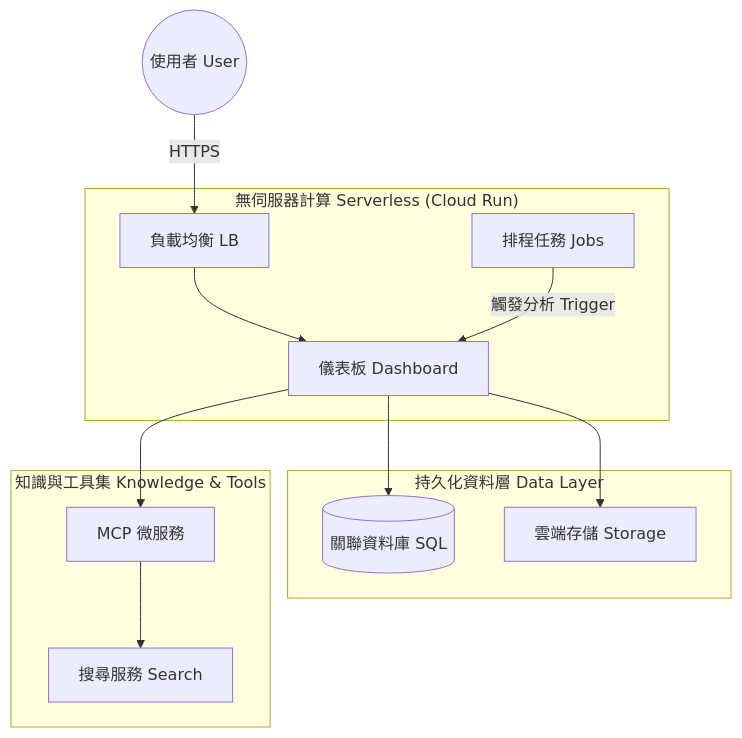
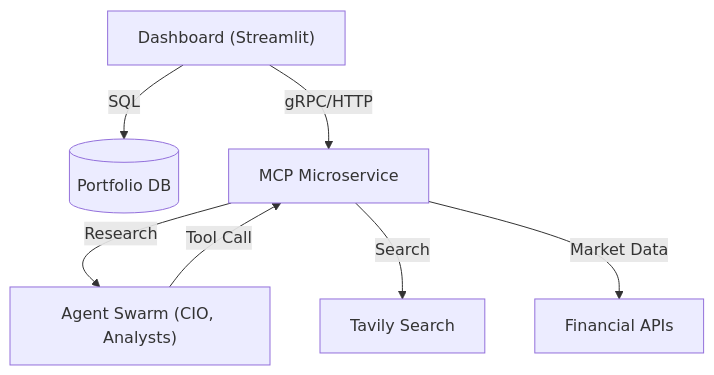
The diagram in wiki/04_架構觀點-Architect_Views/系統全景圖-System-Landscape.md (neohsiung/AI-Investment-Advisor), drawn with Mermaid before and after one commit. The commit also changed other lines of this file and 22 other files, not shown here.

````diff
--- a/wiki/04_架構觀點-Architect_Views/系統全景圖-System-Landscape.md
+++ b/wiki/04_架構觀點-Architect_Views/系統全景圖-System-Landscape.md
@@ -21,16 +29,9 @@
 ```mermaid
 graph TD
-    User((使用者 User)) -->|HTTPS| LB[負載均衡 LB]
-    subgraph "無伺服器計算 Serverless (Cloud Run)"
-        LB --> UI["儀表板 Dashboard"]
-        Cron[排程任務 Jobs] -->|"觸發分析 Trigger"| UI
-    end
-    subgraph "持久化資料層 Data Layer"
-        UI --> DB[(關聯資料庫 SQL)]
-        UI --> GCS[雲端存儲 Storage]
-    end
-    subgraph "知識與工具集 Knowledge & Tools"
-        UI --> MCP[MCP 微服務]
-        MCP --> Search[搜尋服務 Search]
-    end
+    UI["Dashboard (Streamlit)"] -->|SQL| DB[(Portfolio DB)]
+    UI -->|gRPC/HTTP| MCP["MCP Microservice"]
+    MCP -->|Research| Agents["Agent Swarm (CIO, Analysts)"]
+    Agents -->|Tool Call| MCP
+    MCP -->|Search| Tavily[Tavily Search]
+    MCP -->|Market Data| Poly[Financial APIs]
 ```
````
